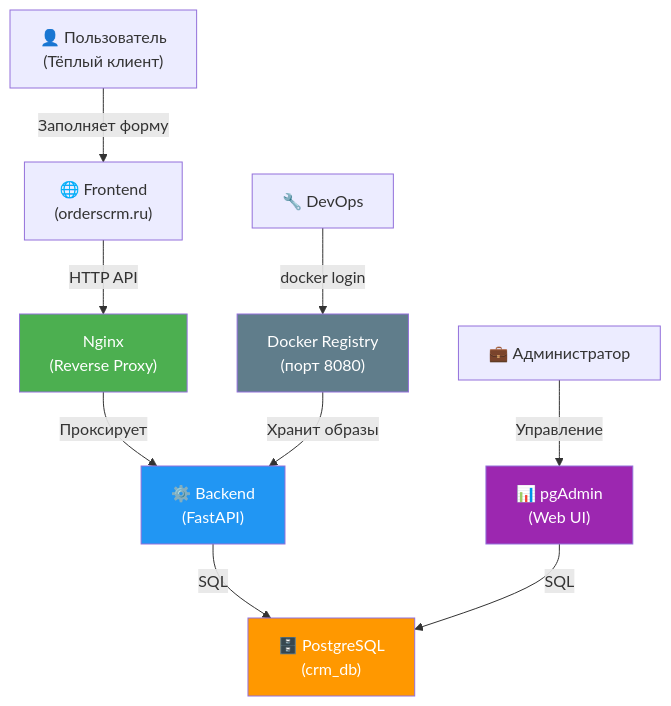
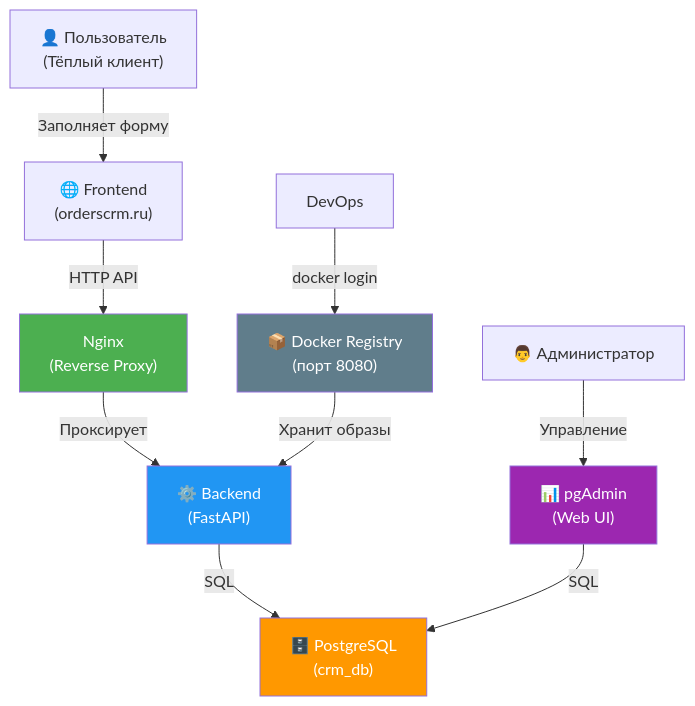
One commit to MatveiV/OrdersCRM changed the first of 4 diagrams in backend/README.md. Above: the diagram before and after it, drawn with Mermaid. The commit also changed other lines of this file, not shown here.

````diff
--- a/backend/README.md
+++ b/backend/README.md
@@ -7,17 +7,17 @@
 ```mermaid
 graph TB
     User["👤 Пользователь<br/>(Тёплый клиент)"] -->|Заполняет форму| Frontend["🌐 Frontend<br/>(orderscrm.ru)"]
     Frontend -->|HTTP API| Nginx[" Nginx<br/>(Reverse Proxy)"]
     Nginx -->|Проксирует| Backend["⚙️ Backend<br/>(FastAPI)"]
     Backend -->|SQL| Postgres["🗄️ PostgreSQL<br/>(crm_db)"]
-    Admin["‍💼 Администратор"] -->|Управление| pgAdmin["📊 pgAdmin<br/>(Web UI)"]
+    Admin["👨‍ Администратор"] -->|Управление| pgAdmin["📊 pgAdmin<br/>(Web UI)"]
     pgAdmin -->|SQL| Postgres
-    DevOps["🔧 DevOps"] -->|docker login| Registry[" Docker Registry<br/>(порт 8080)"]
+    DevOps[" DevOps"] -->|docker login| Registry["📦 Docker Registry<br/>(порт 8080)"]
     Registry -->|Хранит образы| Backend
     
     style Nginx fill:#4CAF50,color:#fff
     style Backend fill:#2196F3,color:#fff
     style Postgres fill:#FF9800,color:#fff
     style pgAdmin fill:#9C27B0,color:#fff
     style Registry fill:#607D8B,color:#fff
 ```
````
